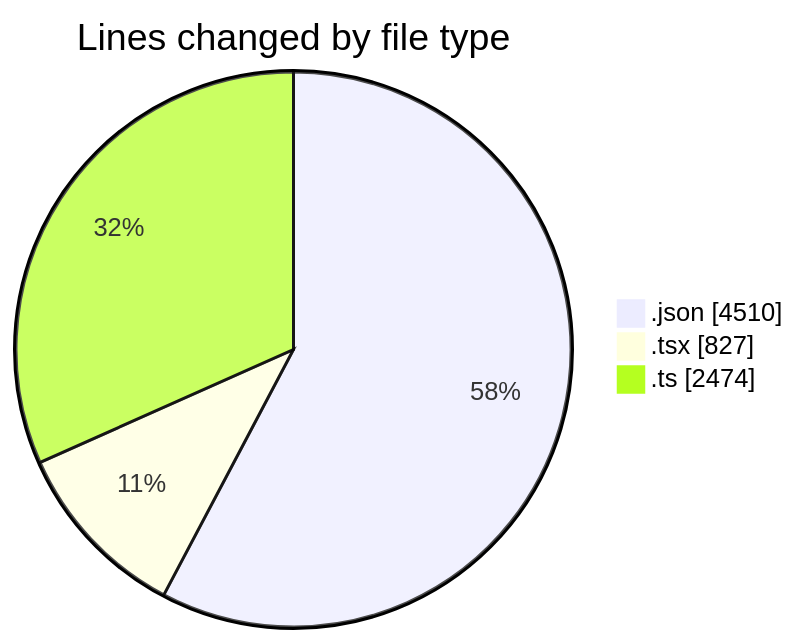
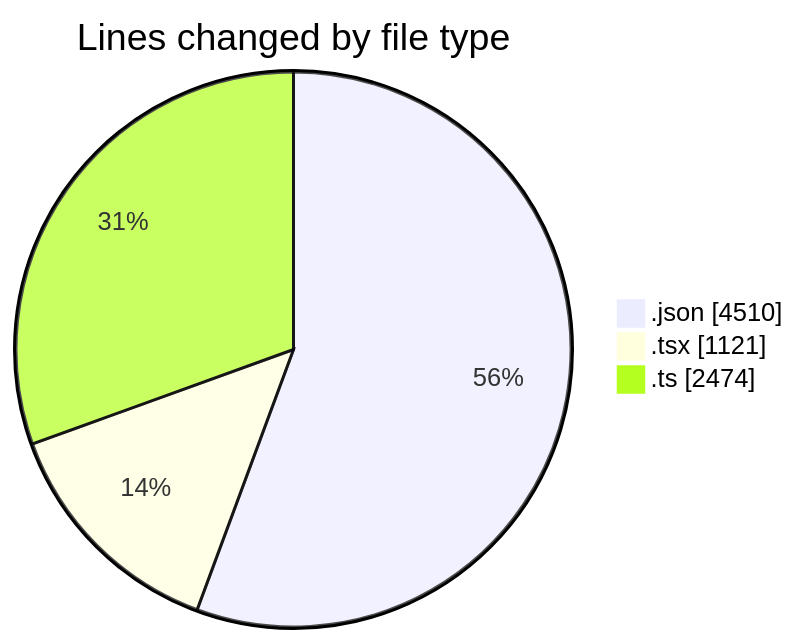
The first of 2 diagrams in 2025-05-05/ecodeli/README.md (CELIANVF/code-tracking), drawn with Mermaid before and after one commit. The commit also changed other lines of this file and 1 other file, not shown here.

````diff
--- a/2025-05-05/ecodeli/README.md
+++ b/2025-05-05/ecodeli/README.md
@@ -29,7 +30,7 @@
 ```mermaid
 pie showData
 title Lines changed by file type
 ".json" : 4510
-".tsx" : 827
+".tsx" : 1121
 ".ts" : 2474
 ```
````
